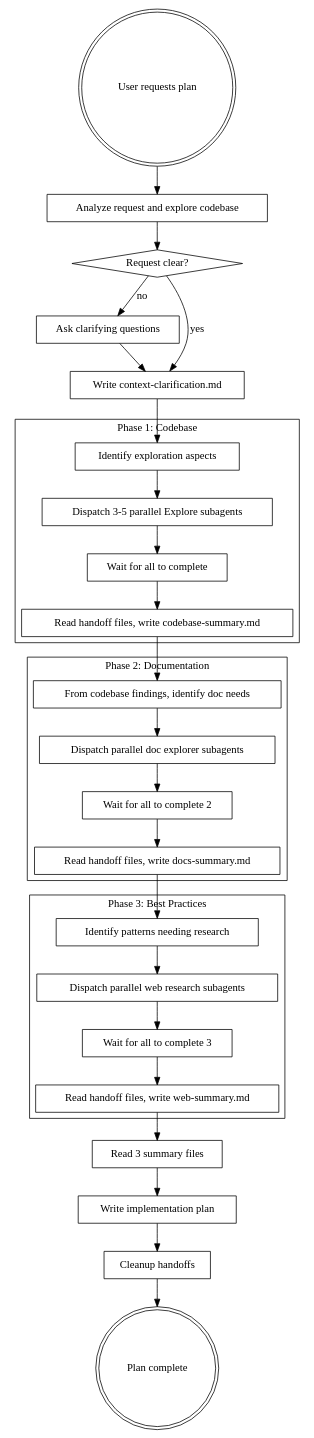
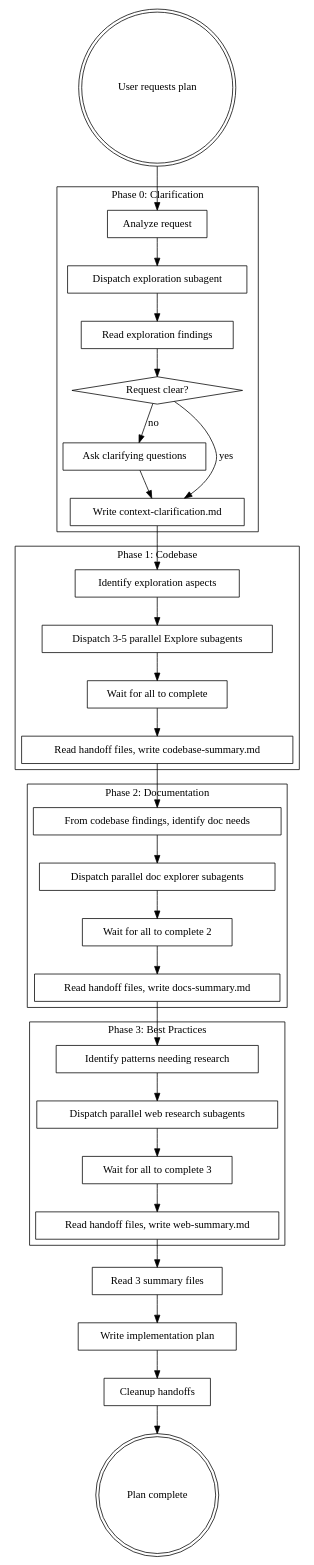
One commit to obra/superpowers changed the diagram in skills/writing-plans/SKILL.md. Above: the diagram before and after it, drawn with Graphviz.

Commit message:
feat(writing-plans): update workflow diagram for clarification subagent
- Add Phase 0 cluster showing clarification workflow
- Split "Analyze request and explore codebase" into three nodes:
  - "Analyze request" (orchestrator decision-making)
  - "Dispatch exploration subagent" (subagent dispatch)
  - "Read exploration findings" (orchestrator reads handoff)
- Add edges showing subagent dispatch flow
- Group Phase 0 nodes in labeled cluster for visual clarity

🤖 Generated with [Claude Code](https://claude.com/claude-code)

````diff
--- a/skills/writing-plans/SKILL.md
+++ b/skills/writing-plans/SKILL.md
@@ -123,61 +123,69 @@
 ```dot
 digraph context_gathering {
     rankdir=TB;
+
+    subgraph cluster_phase0 {
+        label="Phase 0: Clarification";
+        "Analyze request" [shape=box];
+        "Dispatch exploration subagent" [shape=box];
+        "Read exploration findings" [shape=box];
+        "Request clear?" [shape=diamond];
+        "Ask clarifying questions" [shape=box];
+        "Write context-clarification.md" [shape=box];
+    }
 
     subgraph cluster_phase1 {
         label="Phase 1: Codebase";
         "Identify exploration aspects" [shape=box];
         "Dispatch 3-5 parallel Explore subagents" [shape=box];
         "Wait for all to complete" [shape=box];
         "Read handoff files, write codebase-summary.md" [shape=box];
     }
 
     subgraph cluster_phase2 {
         label="Phase 2: Documentation";
         "From codebase findings, identify doc needs" [shape=box];
         "Dispatch parallel doc explorer subagents" [shape=box];
         "Wait for all to complete 2" [shape=box];
         "Read handoff files, write docs-summary.md" [shape=box];
     }
 
     subgraph cluster_phase3 {
         label="Phase 3: Best Practices";
         "Identify patterns needing research" [shape=box];
         "Dispatch parallel web research subagents" [shape=box];
         "Wait for all to complete 3" [shape=box];
         "Read handoff files, write web-summary.md" [shape=box];
     }
 
     "User requests plan" [shape=doublecircle];
-    "Analyze request and explore codebase" [shape=box];
-    "Request clear?" [shape=diamond];
-    "Ask clarifying questions" [shape=box];
-    "Write context-clarification.md" [shape=box];
     "Read 3 summary files" [shape=box];
     "Write implementation plan" [shape=box];
     "Cleanup handoffs" [shape=box];
     "Plan complete" [shape=doublecircle];
 
-    "User requests plan" -> "Analyze request and explore codebase";
-    "Analyze request and explore codebase" -> "Request clear?";
+    "User requests plan" -> "Analyze request";
+    "Analyze request" -> "Dispatch exploration subagent";
+    "Dispatch exploration subagent" -> "Read exploration findings";
+    "Read exploration findings" -> "Request clear?";
     "Request clear?" -> "Write context-clarification.md" [label="yes"];
     "Request clear?" -> "Ask clarifying questions" [label="no"];
     "Ask clarifying questions" -> "Write context-clarification.md";
     "Write context-clarification.md" -> "Identify exploration aspects";
     "Identify exploration aspects" -> "Dispatch 3-5 parallel Explore subagents";
     "Dispatch 3-5 parallel Explore subagents" -> "Wait for all to complete";
     "Wait for all to complete" -> "Read handoff files, write codebase-summary.md";
     "Read handoff files, write codebase-summary.md" -> "From codebase findings, identify doc needs";
     "From codebase findings, identify doc needs" -> "Dispatch parallel doc explorer subagents";
     "Dispatch parallel doc explorer subagents" -> "Wait for all to complete 2";
     "Wait for all to complete 2" -> "Read handoff files, write docs-summary.md";
     "Read handoff files, write docs-summary.md" -> "Identify patterns needing research";
     "Identify patterns needing research" -> "Dispatch parallel web research subagents";
     "Dispatch parallel web research subagents" -> "Wait for all to complete 3";
     "Wait for all to complete 3" -> "Read handoff files, write web-summary.md";
     "Read handoff files, write web-summary.md" -> "Read 3 summary files";
     "Read 3 summary files" -> "Write implementation plan";
     "Write implementation plan" -> "Cleanup handoffs";
     "Cleanup handoffs" -> "Plan complete";
 }
 ```
````
